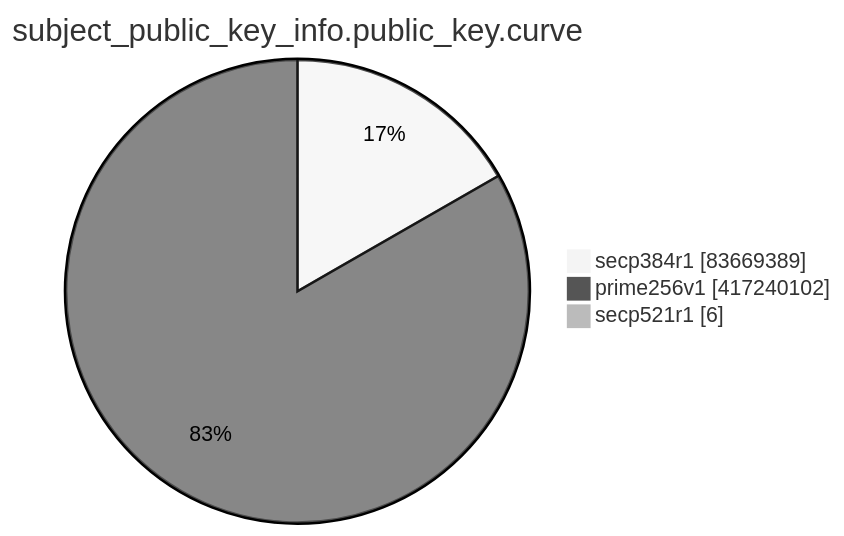
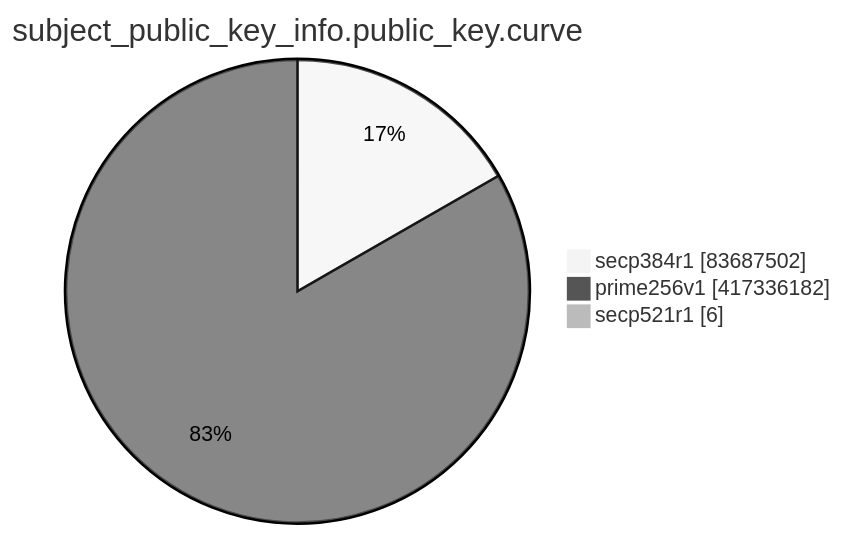
One commit to christiankrug/ctmonitor_visualization changed the eighth of 15 diagrams in TOTAL/README.md. Above: the diagram before and after it, drawn with Mermaid (neutral theme). The commit also changed other lines of this file, not shown here.

````diff
--- a/TOTAL/README.md
+++ b/TOTAL/README.md
@@ -3098,7 +3098,7 @@
 ```mermaid
 pie showData
 title subject_public_key_info.public_key.curve
-"secp384r1" :83669389
-"prime256v1" :417240102
+"secp384r1" :83687502
+"prime256v1" :417336182
 "secp521r1" :6
 ```
````
